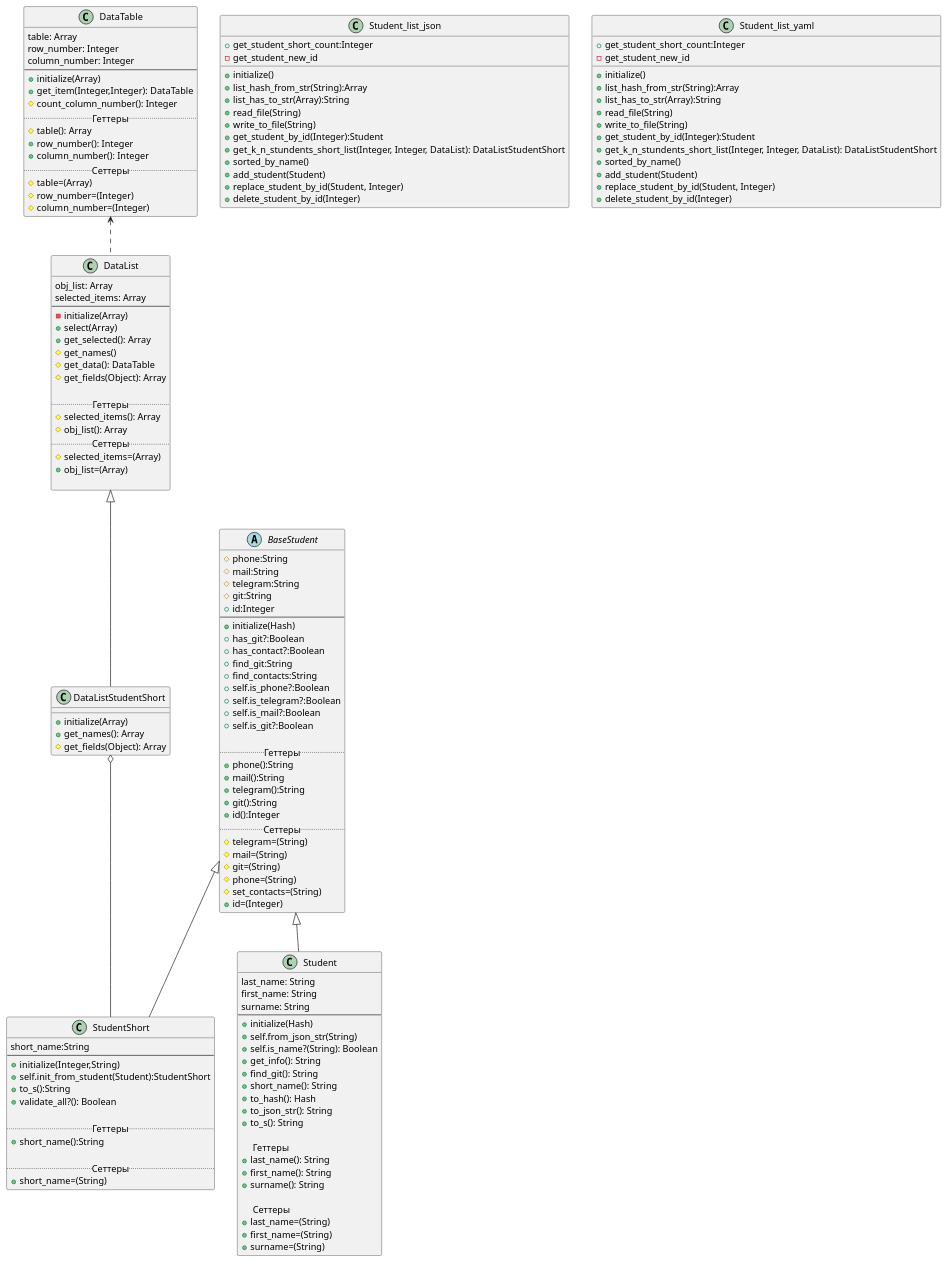
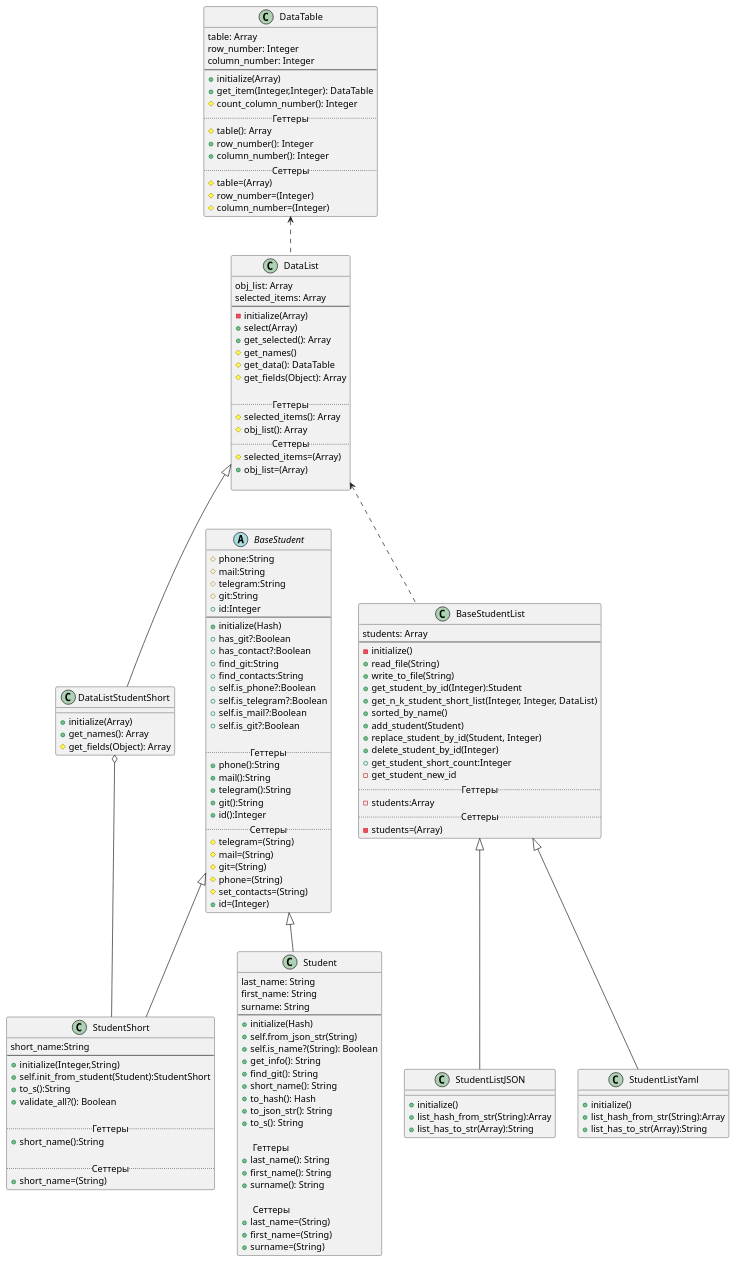
The diagram in laba_2/Diagrams/diagram.puml (OlegVasil/RubyLabs), drawn with PlantUML before and after one commit.

Commit message:
Обновил диаграмму

```diff
--- a/laba_2/Diagrams/diagram.puml
+++ b/laba_2/Diagrams/diagram.puml
@@ -1,159 +1,161 @@
 abstract class BaseStudent
 {
 #phone:String
 #mail:String
 #telegram:String
 #git:String
 +id:Integer
 --
 +initialize(Hash)
 +has_git?:Boolean
 +has_contact?:Boolean
 +find_git:String
 +find_contacts:String
 +self.is_phone?:Boolean
 +self.is_telegram?:Boolean
 +self.is_mail?:Boolean
 +self.is_git?:Boolean
 
 ..Геттеры..
 +phone():String
 +mail():String
 +telegram():String
 +git():String
 +id():Integer
 ..Сеттеры..
 #telegram=(String)
 #mail=(String)
 #git=(String)
 #phone=(String)
 #set_contacts=(String)
 +id=(Integer)
 }
 
 class StudentShort extends BaseStudent
 {
 short_name:String
 --
 +initialize(Integer,String)
 +self.init_from_student(Student):StudentShort
 +to_s():String
 +validate_all?(): Boolean
 
 .. Геттеры ..
 +short_name():String
 
 .. Сеттеры ..
 +short_name=(String)
 }
 
 class Student extends BaseStudent {
 last_name: String
 first_name: String
 surname: String
 --
 +initialize(Hash)
 +self.from_json_str(String)
 +self.is_name?(String): Boolean
 +get_info(): String
 +find_git(): String
 +short_name(): String
 +to_hash(): Hash
 +to_json_str(): String
 +to_s(): String
 
     .. Геттеры ..
 +last_name(): String
 +first_name(): String
 +surname(): String
 
     .. Сеттеры ..
 +last_name=(String)
 +first_name=(String)
 +surname=(String)
 }
 
 class DataTable
 {
 table: Array
 row_number: Integer
 column_number: Integer
 --
 +initialize(Array)
 +get_item(Integer,Integer): DataTable
 #count_column_number(): Integer
 .. Геттеры ..
 #table(): Array
 +row_number(): Integer
 +column_number(): Integer
 .. Сеттеры ..
 #table=(Array)
 #row_number=(Integer)
 #column_number=(Integer)
 }
 
 class DataList
 {
 obj_list: Array
 selected_items: Array
 --
 -initialize(Array)
 +select(Array)
 +get_selected(): Array
 #get_names()
 #get_data(): DataTable
 #get_fields(Object): Array
 
 .. Геттеры ..
 #selected_items(): Array
 #obj_list(): Array
 .. Сеттеры ..
 #selected_items=(Array)
 +obj_list=(Array)
 
 }
 
 class DataListStudentShort extends DataList
 {
 +initialize(Array)
 +get_names(): Array
 #get_fields(Object): Array
 }
 
-class Student_list_json
+class BaseStudentList
 {
-+initialize()
-+list_hash_from_str(String):Array
-+list_has_to_str(Array):String
+students: Array
+--
+-initialize()
 +read_file(String)
 +write_to_file(String)
 +get_student_by_id(Integer):Student
-+get_k_n_stundents_short_list(Integer, Integer, DataList): DataListStudentShort
++get_n_k_student_short_list(Integer, Integer, DataList)
 +sorted_by_name()
 +add_student(Student)
 +replace_student_by_id(Student, Integer)
 +delete_student_by_id(Integer)
 +get_student_short_count:Integer
 -get_student_new_id
+..Геттеры..
+-students:Array
+..Сеттеры..
+-students=(Array)
 }
 
-class Student_list_yaml
+class StudentListJSON extends BaseStudentList
 {
 +initialize()
 +list_hash_from_str(String):Array
 +list_has_to_str(Array):String
-+read_file(String)
-+write_to_file(String)
-+get_student_by_id(Integer):Student
-+get_k_n_stundents_short_list(Integer, Integer, DataList): DataListStudentShort
-+sorted_by_name()
-+add_student(Student)
-+replace_student_by_id(Student, Integer)
-+delete_student_by_id(Integer)
-+get_student_short_count:Integer
--get_student_new_id
+}
+
+class StudentListYaml extends BaseStudentList
+{
++initialize()
++list_hash_from_str(String):Array
++list_has_to_str(Array):String
 }
 
 
 DataListStudentShort o-- StudentShort
 DataTable <.. DataList
+DataList <.. BaseStudentList
```
